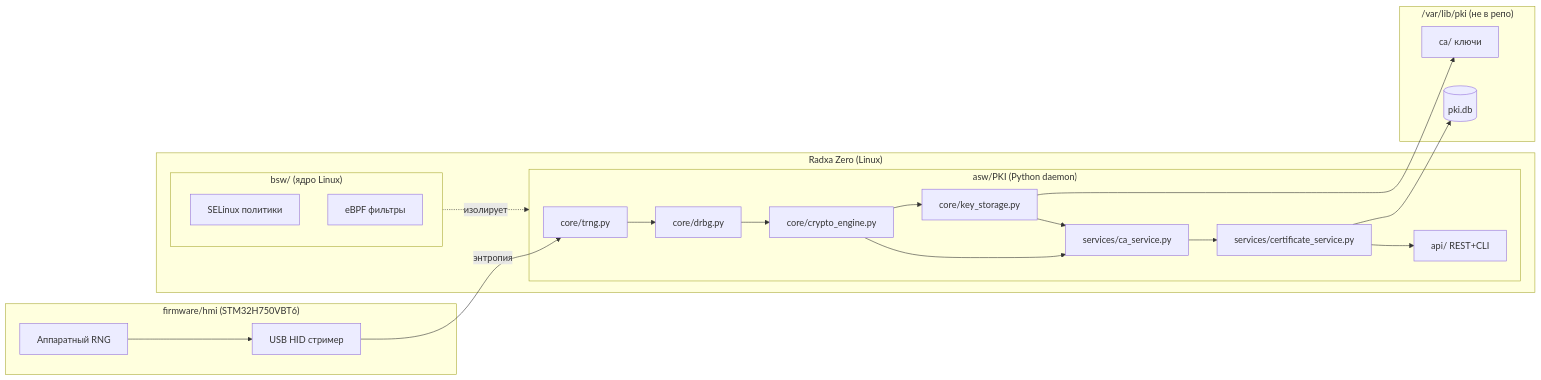
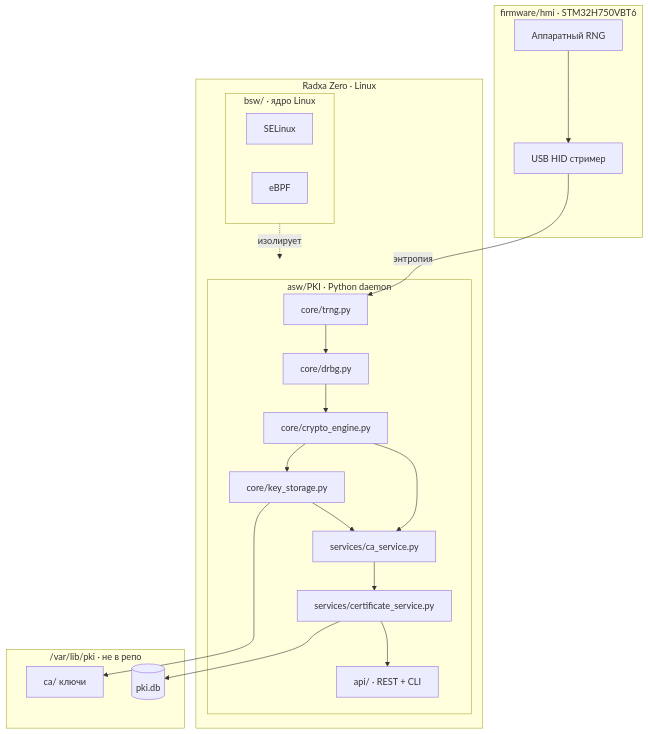
Before and after one commit to vasilievsv/hw.pki-on-box: the diagram in README.md, drawn with Mermaid.

Commit message:
docs: Mermaid TB layout — компактная вертикальная диаграмма

````diff
--- a/README.md
+++ b/README.md
@@ -11,41 +11,37 @@
 ```mermaid
-graph LR
-    subgraph HMI["firmware/hmi (STM32H750VBT6)"]
-        TRNG_HW[Аппаратный RNG]
-        USB_HID[USB HID стример]
-        TRNG_HW --> USB_HID
+graph TB
+    subgraph HMI["firmware/hmi · STM32H750VBT6"]
+        TRNG_HW[Аппаратный RNG] --> USB_HID[USB HID стример]
     end
 
-    subgraph SBC["Radxa Zero (Linux)"]
-        subgraph BSW["bsw/ (ядро Linux)"]
-            SELINUX[SELinux политики]
-            EBPF[eBPF фильтры]
-        end
-
-        subgraph ASW["asw/PKI (Python daemon)"]
+    subgraph SBC["Radxa Zero · Linux"]
+        subgraph ASW["asw/PKI · Python daemon"]
             TRNG[core/trng.py]
             DRBG[core/drbg.py]
             CRYPTO[core/crypto_engine.py]
             KEYS[core/key_storage.py]
             CA[services/ca_service.py]
             CERT[services/certificate_service.py]
-            API[api/ REST+CLI]
+            API[api/ · REST + CLI]
 
-            TRNG --> DRBG --> CRYPTO
-            CRYPTO --> KEYS
+            TRNG --> DRBG --> CRYPTO --> KEYS
             CRYPTO --> CA --> CERT --> API
             KEYS --> CA
         end
 
-        BSW -. изолирует .-> ASW
+        subgraph BSW["bsw/ · ядро Linux"]
+            SELINUX[SELinux]
+            EBPF[eBPF]
+        end
     end
 
-    subgraph STORAGE["/var/lib/pki (не в репо)"]
+    subgraph STORAGE["/var/lib/pki · не в репо"]
         CA_KEYS[ca/ ключи]
         DB[(pki.db)]
     end
 
     USB_HID -->|энтропия| TRNG
+    BSW -. изолирует .-> ASW
     KEYS --> CA_KEYS
     CERT --> DB
 ```
````
